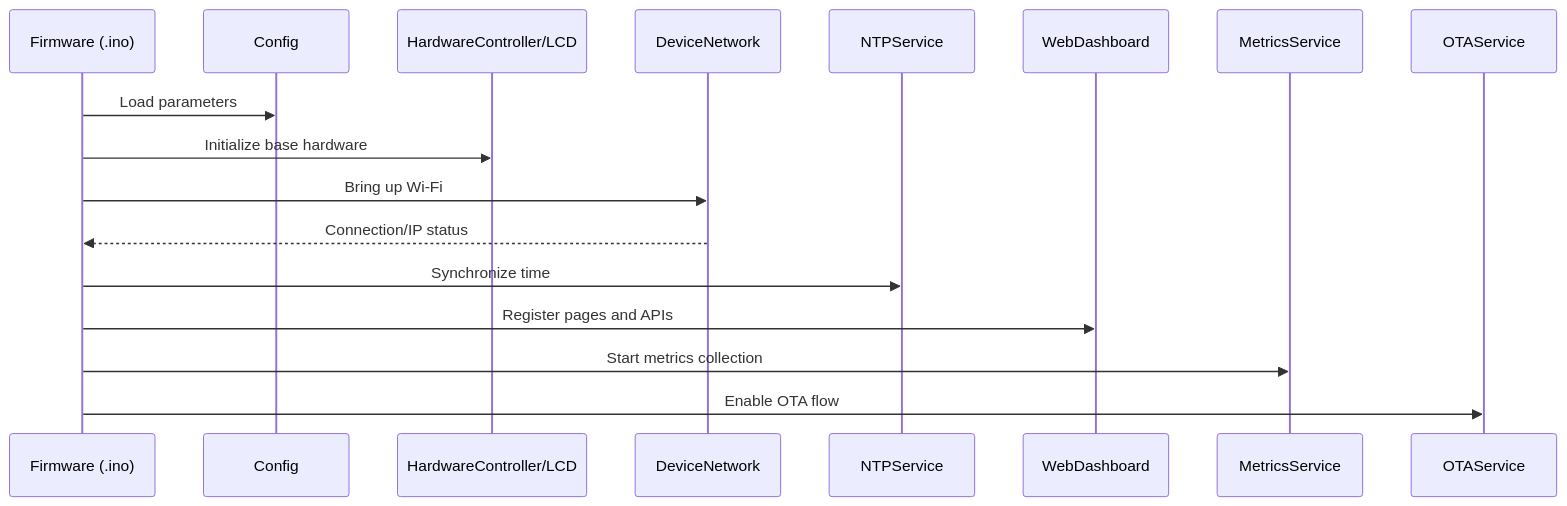
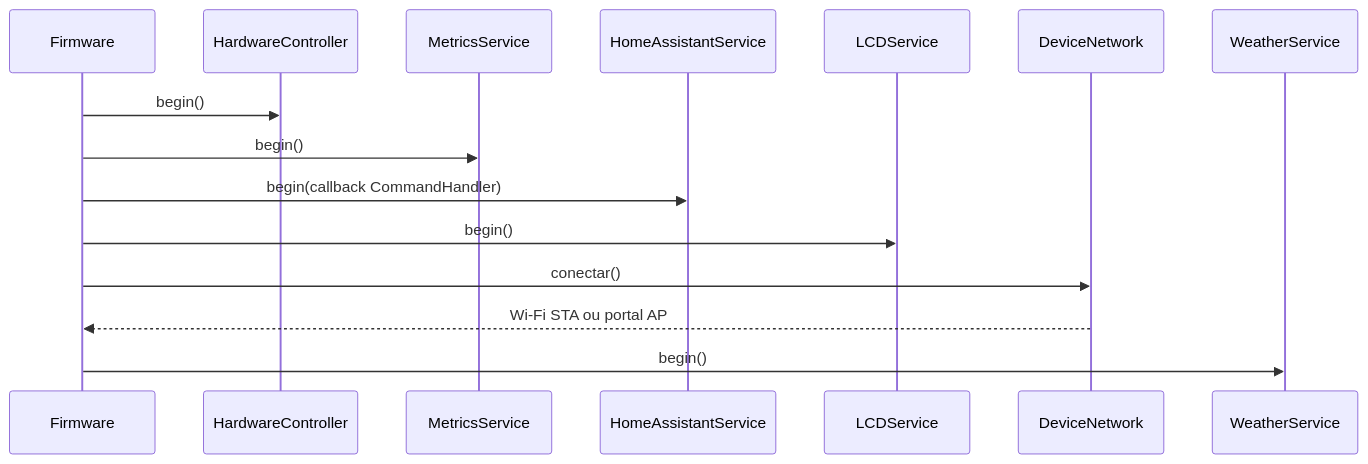
One commit to paulocfmarques-collab/M5NanoC6_wifi changed the third of 14 diagrams in README.md. Above: the diagram before and after it, drawn with Mermaid. The commit also changed other lines of this file, not shown here.

Commit message:
docs: upgrade README to premium full technical guide with extensive Mermaid diagrams

````diff
--- a/README.md
+++ b/README.md
@@ -74,20 +123,18 @@
 ```mermaid
 sequenceDiagram
-    participant FW as Firmware (.ino)
-    participant CFG as Config
-    participant HW as HardwareController/LCD
+    participant FW as Firmware
+    participant HW as HardwareController
+    participant MET as MetricsService
+    participant HA as HomeAssistantService
+    participant LCD as LCDService
     participant NET as DeviceNetwork
-    participant NTP as NTPService
-    participant WEB as WebDashboard
-    participant MET as MetricsService
-    participant OTA as OTAService
+    participant WEA as WeatherService
 
-    FW->>CFG: Load parameters
-    FW->>HW: Initialize base hardware
-    FW->>NET: Bring up Wi-Fi
-    NET-->>FW: Connection/IP status
-    FW->>NTP: Synchronize time
-    FW->>WEB: Register pages and APIs
-    FW->>MET: Start metrics collection
-    FW->>OTA: Enable OTA flow
+    FW->>HW: begin()
+    FW->>MET: begin()
+    FW->>HA: begin(callback CommandHandler)
+    FW->>LCD: begin()
+    FW->>NET: conectar()
+    NET-->>FW: Wi-Fi STA ou portal AP
+    FW->>WEA: begin()
 ```
````
